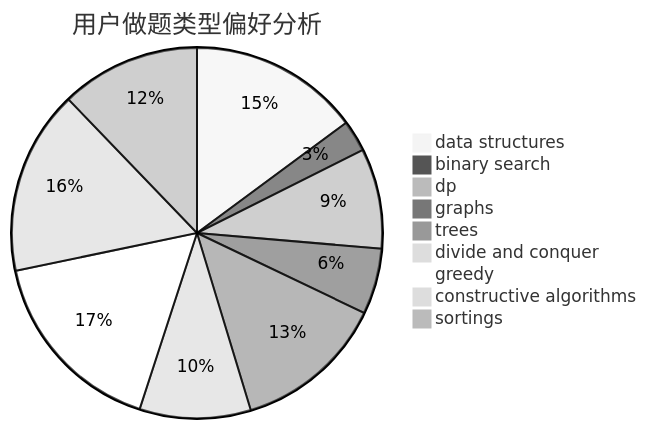
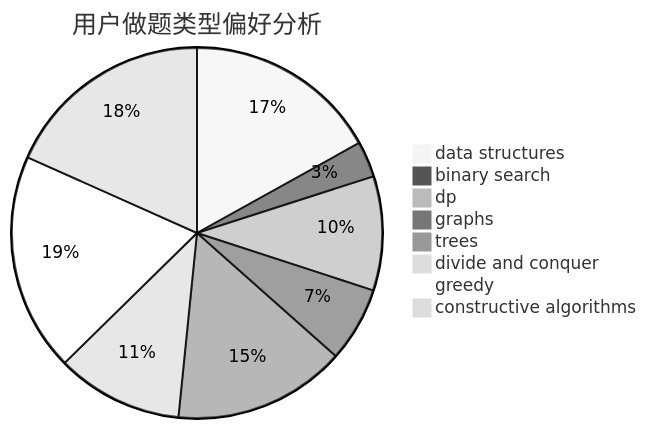
One commit to sherpahu/cfrs.github.io changed the second of 3 diagrams in docs/user/u436.md. Above: the diagram before and after it, drawn with Mermaid (neutral theme). The commit also changed other lines of this file and 2769 other files, not shown here.

````diff
--- a/docs/user/u436.md
+++ b/docs/user/u436.md
@@ -18,12 +18,11 @@
 ```mermaid
 pie title 用户做题类型偏好分析
     "data structures" :  233
     "binary search" :  43
     "dp" :  137
     "graphs" :  90
     "trees" :  207
     "divide and conquer" :  152
     "greedy" :  262
     "constructive algorithms" :  252
-    "sortings" :  191
 ```
````
